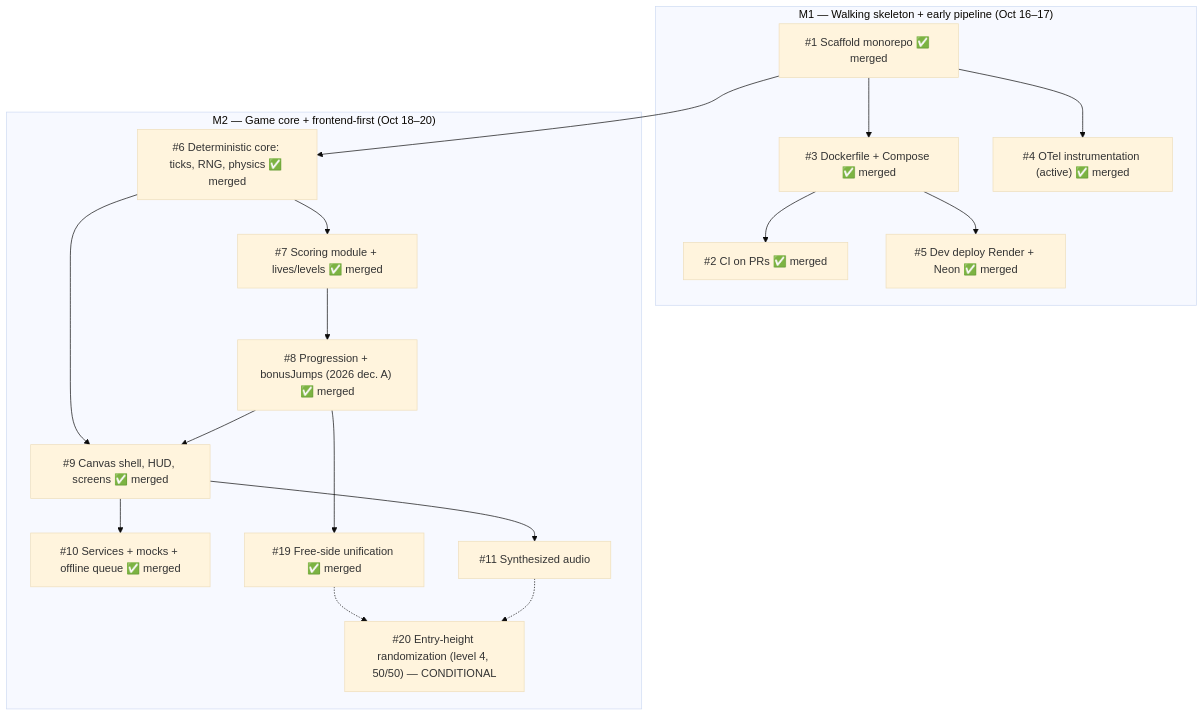
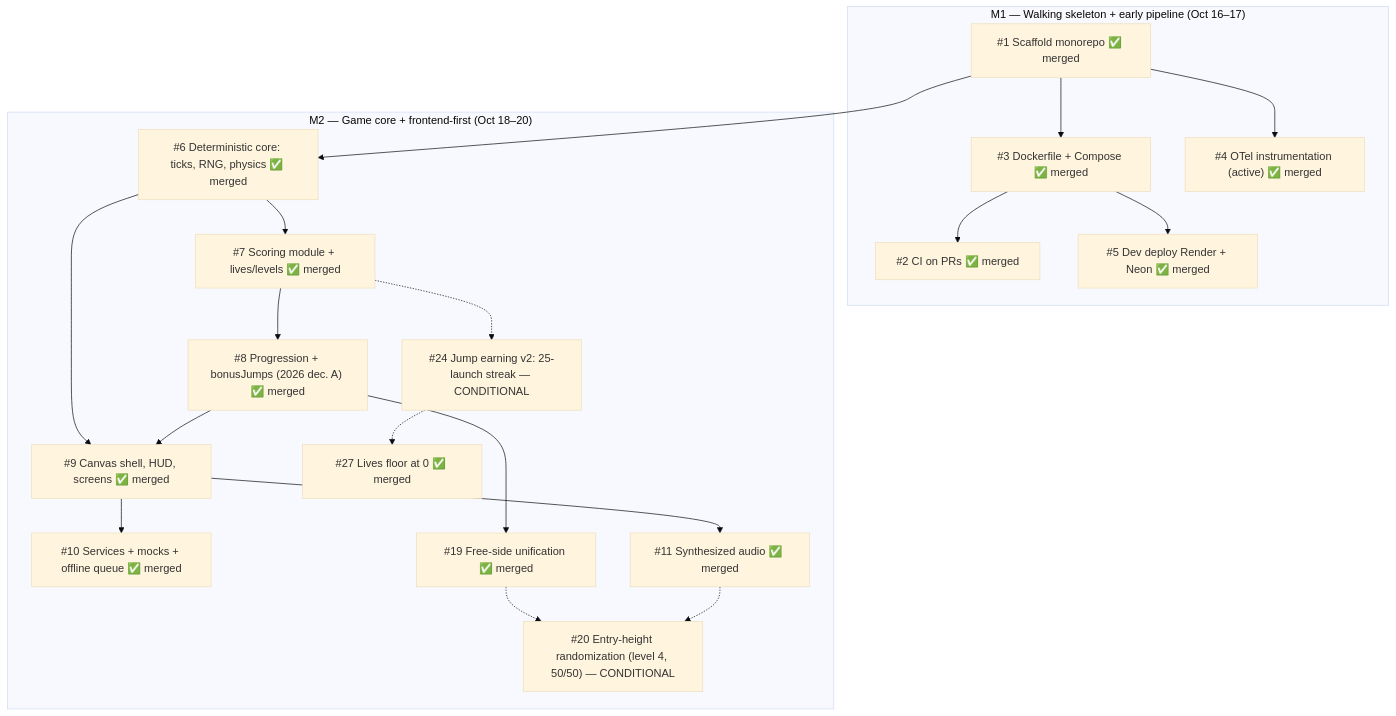
Before and after one commit to lucapug/clown-circus-reloaded: the diagram in _docs/backlog.md, drawn with Mermaid (base theme).

Commit message:
Backlog map: #11 audio + #27 lives-floor merged — M2 6/6 COMPLETE; #24 conditional added

````diff
--- a/_docs/backlog.md
+++ b/_docs/backlog.md
@@ -7,37 +7,41 @@
 ```mermaid
 graph TD
     subgraph M1["M1 — Walking skeleton + early pipeline (Oct 16–17)"]
         I1["#1 Scaffold monorepo ✅ merged"]
     I2["#2 CI on PRs ✅ merged"]
         I3["#3 Dockerfile + Compose ✅ merged"]
     I4["#4 OTel instrumentation (active) ✅ merged"]
     I5["#5 Dev deploy Render + Neon ✅ merged"]
     end
 
     subgraph M2["M2 — Game core + frontend-first (Oct 18–20)"]
         I6["#6 Deterministic core: ticks, RNG, physics ✅ merged"]
         I7["#7 Scoring module + lives/levels ✅ merged"]
         I8["#8 Progression + bonusJumps (2026 dec. A) ✅ merged"]
         I9["#9 Canvas shell, HUD, screens ✅ merged"]
         I10["#10 Services + mocks + offline queue ✅ merged"]
-        I11["#11 Synthesized audio"]
+        I11["#11 Synthesized audio ✅ merged"]
         I19["#19 Free-side unification ✅ merged"]
         I20["#20 Entry-height randomization (level 4, 50/50) — CONDITIONAL"]
+        I24["#24 Jump earning v2: 25-launch streak — CONDITIONAL"]
+        I27["#27 Lives floor at 0 ✅ merged"]
     end
 
     I1 --> I3
     I1 --> I4
     I3 --> I2
     I3 --> I5
 
     I1 --> I6
     I6 --> I7
     I7 --> I8
     I6 --> I9
     I8 --> I9
     I9 --> I10
     I9 --> I11
     I8 --> I19
     I19 -.-> I20
     I11 -.-> I20
+    I7 -.-> I24
+    I24 -.-> I27
 ```
````
